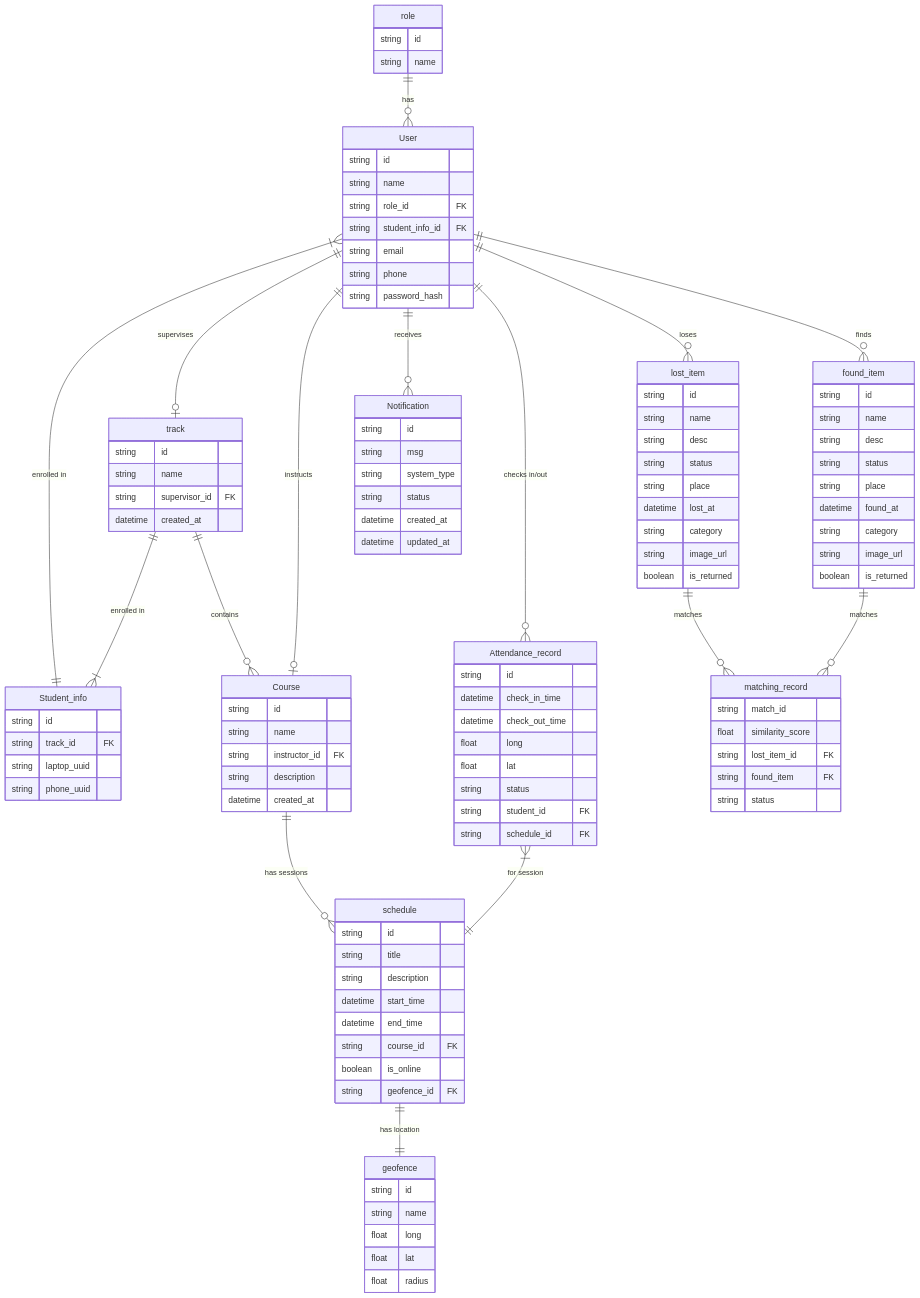
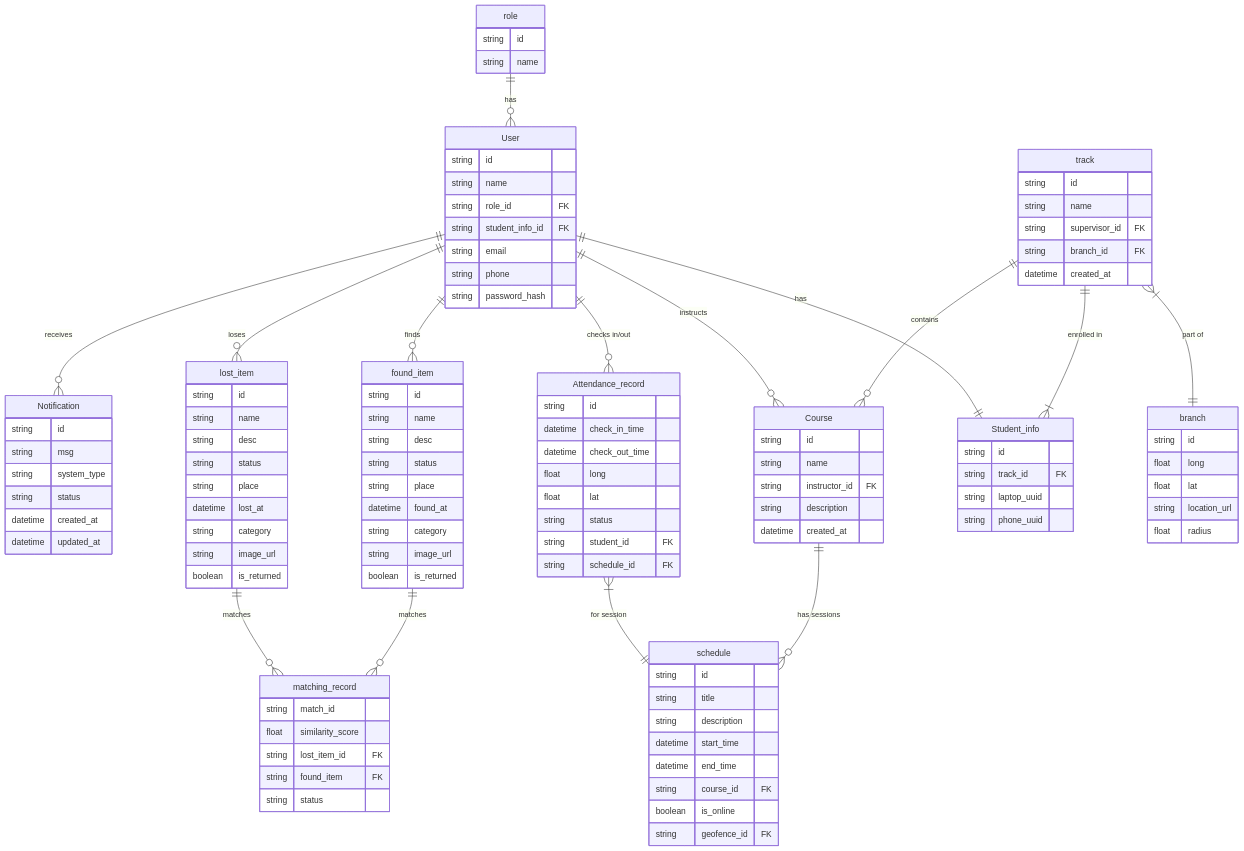
One commit to OmarDerwy/ITI-Attendance-Backend changed the diagram in erd.mermaid. Above: the diagram before and after it, drawn with Mermaid.

Commit message:
docs(erd): fix erd again

```diff
--- a/erd.mermaid
+++ b/erd.mermaid
@@ -1,115 +1,124 @@
 erDiagram
     User {
         string id
         string name
         string role_id FK
         string student_info_id FK
         string email
         string phone
         string password_hash
     }
     Notification {
         string id
         string msg
         string system_type
         string status
         datetime created_at
         datetime updated_at
     }
     Attendance_record {
         string id
         datetime check_in_time
         datetime check_out_time
         float long
         float lat
         string status
         string student_id FK
         string schedule_id FK
     }
-    geofence {
-        string id
-        string name
-        float long
-        float lat
-        float radius
-    }
+    %% geofence {
+    %%     string id
+    %%     string name
+    %%     float long
+    %%     float lat
+    %%     float radius
+    %% }
     track {
         string id
         string name
         string supervisor_id FK
+        string branch_id FK
         datetime created_at
     }
     lost_item {
         string id
         string name
         string desc
         string status
         string place
         datetime lost_at
         string category
         string image_url
         boolean is_returned
     }
     found_item {
         string id
         string name
         string desc
         string status
         string place
         datetime found_at
         string category
         string image_url
         boolean is_returned
     }
     matching_record {
         string match_id
         float similarity_score
         string lost_item_id FK
         string found_item FK
         string status
     }
     role {
         string id
         string name
     }
     schedule {
         string id
         string title
         string description
         datetime start_time
         datetime end_time
         string course_id FK
         boolean is_online
         string geofence_id FK
     }
     Course {
         string id
         string name
         string instructor_id FK
         string description
         datetime created_at
     }
     Student_info{
         string id
         string track_id FK
         string laptop_uuid
         string phone_uuid
     }
+    branch{
+        string id
+        float long
+        float lat
+        string location_url
+        float radius
+    }
 
     role ||--o{ User : "has"
-    User }|--|| Student_info : "enrolled in"
+    User ||--|| Student_info : "has"
     track ||--|{ Student_info : "enrolled in"
-    User ||--o| track : "supervises"
-    User ||--o| Course : "instructs"
+    %% User }|--|| branch : "belongs to"
+    track }|--|| branch : "part of"
+    User ||--o{ Course : "instructs"
     User ||--o{ Notification : "receives"
     User ||--o{ Attendance_record : "checks in/out"
     User ||--o{ lost_item : "loses"
     User ||--o{ found_item : "finds"
     lost_item ||--o{ matching_record : "matches"
     found_item ||--o{ matching_record : "matches"
     %% schedule ||--|| track : "belongs to"
-    schedule ||--|| geofence : "has location"
+    %% schedule ||--|| geofence : "has location"
     Attendance_record }|--|| schedule : "for session"
     Course ||--o{ schedule : "has sessions"
     track ||--o{ Course : "contains"
     %% we might want to make track - course relationship manytomany for courses that include many tracks such as soft skills and such
```
